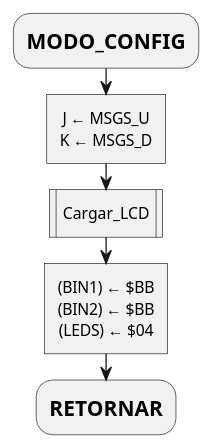
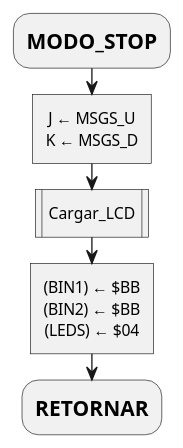
Before and after one commit to mlndz28/pr-623: the fifth of 22 diagrams in report.md, drawn with PlantUML. The commit also changed other lines of this file and 1 other file, not shown here.

````diff
--- a/report.md
+++ b/report.md
@@ -193,14 +219,14 @@
 ```plantuml
 @startuml
 skinparam monochrome true
 skinparam defaultTextAlignment center
-:=MODO_CONFIG;
+:=MODO_STOP;
 :J ← MSGS_U
 K ← MSGS_D]
 :Cargar_LCD|
 :(BIN1) ← $BB
 (BIN2) ← $BB
 (LEDS) ← $04]
 :=RETORNAR;
 
 ```
````
